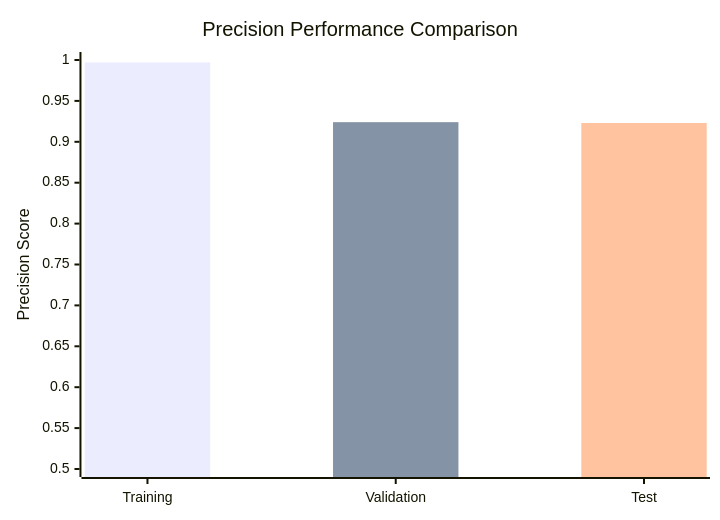
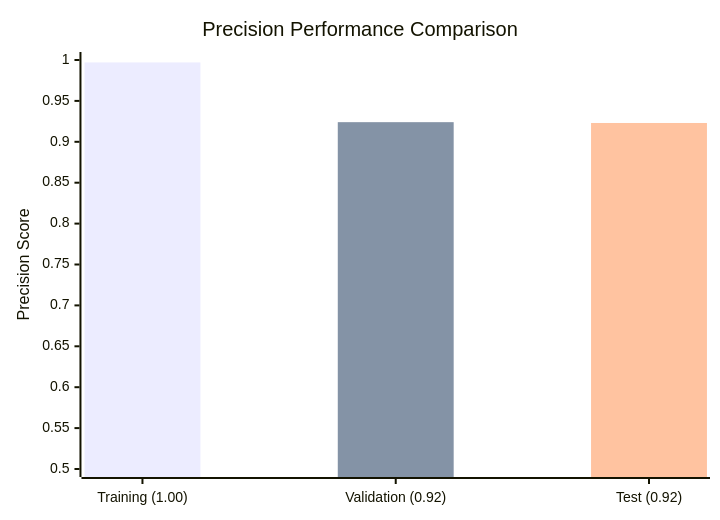
Before and after one commit to Daniel-Lachner-Piza/EEG_Characterizer_HFO: the third of 5 diagrams in README.md, drawn with Mermaid. The commit also changed other lines of this file, not shown here.

````diff
--- a/README.md
+++ b/README.md
@@ -64,9 +64,9 @@
 ```mermaid
 xychart-beta
     title "Precision Performance Comparison"
-    x-axis [Training, Validation, Test]
+    x-axis ["Training (1.00)", "Validation (0.92)", "Test (0.92)"]
     y-axis "Precision Score" 0.5 --> 1.0
     bar "Training (1.00)" [0.997, 0, 0]
     bar "Validation (0.92)" [0, 0.924, 0]
     bar "Test (0.92)" [0, 0, 0.923]
 ```
````
